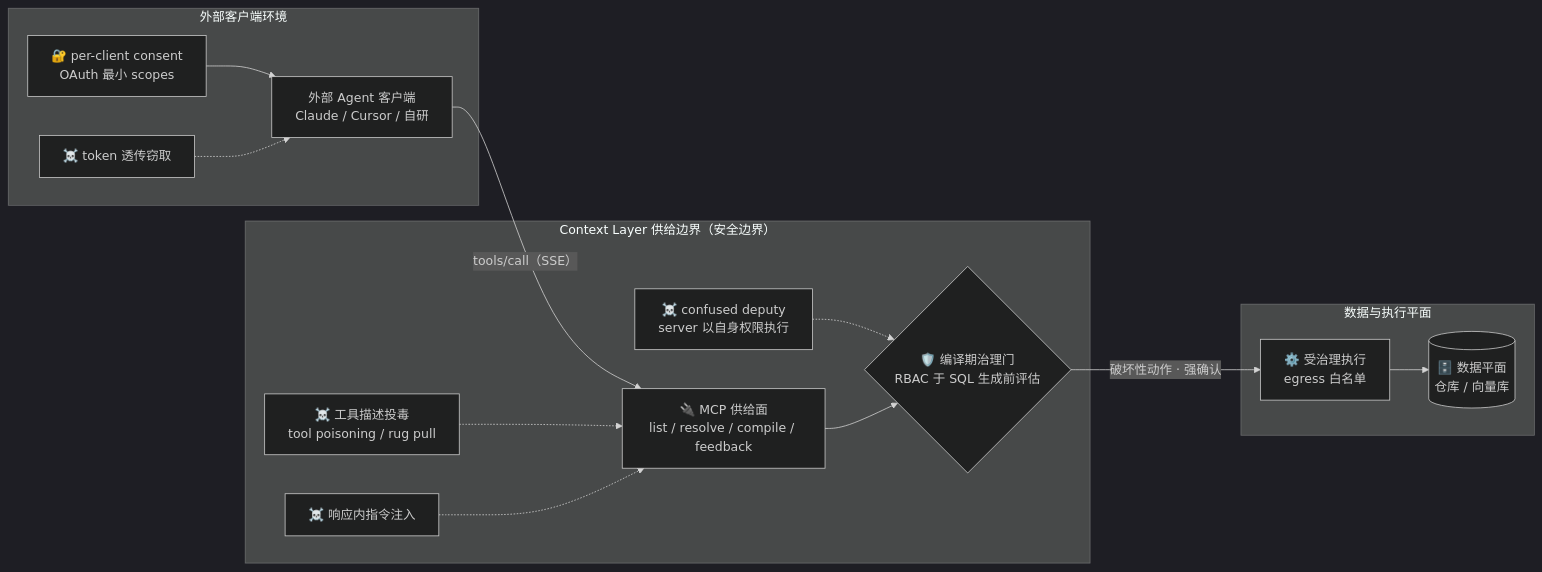
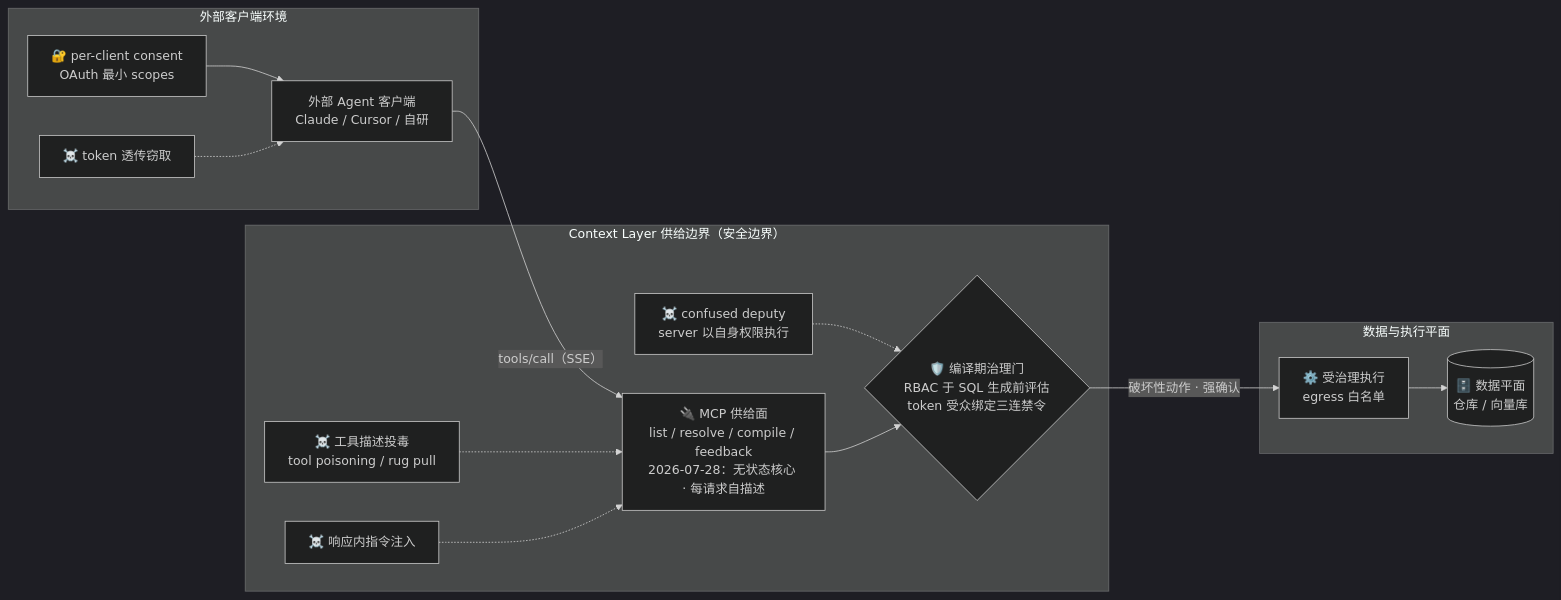
The diagram in docs/assets/mermaid/cognitive-context/context-layer-blueprint--mcp-threat-model.mmd (ThreeFish-AI/negentropy), drawn with Mermaid (dark theme) before and after one commit. The commit also changed 73 other files, not shown here.

First line of the commit message:
docs(cognitive-context): 013 Context Layer 蓝图完全重铸——三轴蓝图（五源×五层×CGAVE）× 失效模式驱动 × 四范本矩阵;

```diff
--- a/docs/assets/mermaid/cognitive-context/context-layer-blueprint--mcp-threat-model.mmd
+++ b/docs/assets/mermaid/cognitive-context/context-layer-blueprint--mcp-threat-model.mmd
@@ -1,30 +1,30 @@
-%%source: docs/research/cognitive-context/013-context-layer-blueprint.md#block7-6 (§7.6 供给面威胁模型)
+%%source: docs/research/cognitive-context/013-context-layer-blueprint.md §7.2 供给面威胁模型（+MCP 2026-07-28 硬化注记）
 %%slug: cognitive-context/context-layer-blueprint--mcp-threat-model
 %%type: architecture
 %%derived: archify architecture v1, authored from source mermaid
 flowchart LR
     subgraph "外部客户端环境"
         AG["外部 Agent 客户端<br/>Claude / Cursor / 自研"]
         CON["🔐 per-client consent<br/>OAuth 最小 scopes"]
         TT["☠️ token 透传窃取"]
     end
     subgraph "Context Layer 供给边界（安全边界）"
-        MCP["🔌 MCP 供给面<br/>list / resolve / compile / feedback"]
-        CG{"🛡️ 编译期治理门<br/>RBAC 于 SQL 生成前评估"}
+        MCP["🔌 MCP 供给面<br/>list / resolve / compile / feedback<br/>2026-07-28：无状态核心 · 每请求自描述"]
+        CG{"🛡️ 编译期治理门<br/>RBAC 于 SQL 生成前评估<br/>token 受众绑定三连禁令"}
         TP["☠️ 工具描述投毒<br/>tool poisoning / rug pull"]
         TI["☠️ 响应内指令注入"]
         TD["☠️ confused deputy<br/>server 以自身权限执行"]
     end
     subgraph "数据与执行平面"
         EX["⚙️ 受治理执行<br/>egress 白名单"]
         DA[("🗄️ 数据平面<br/>仓库 / 向量库")]
     end
     CON --> AG
     TT -.-> AG
     AG -->|"tools/call（SSE）"| MCP
     TP -.-> MCP
     TI -.-> MCP
     TD -.-> CG
     MCP --> CG
     CG -->|"破坏性动作 · 强确认"| EX
     EX --> DA
```
